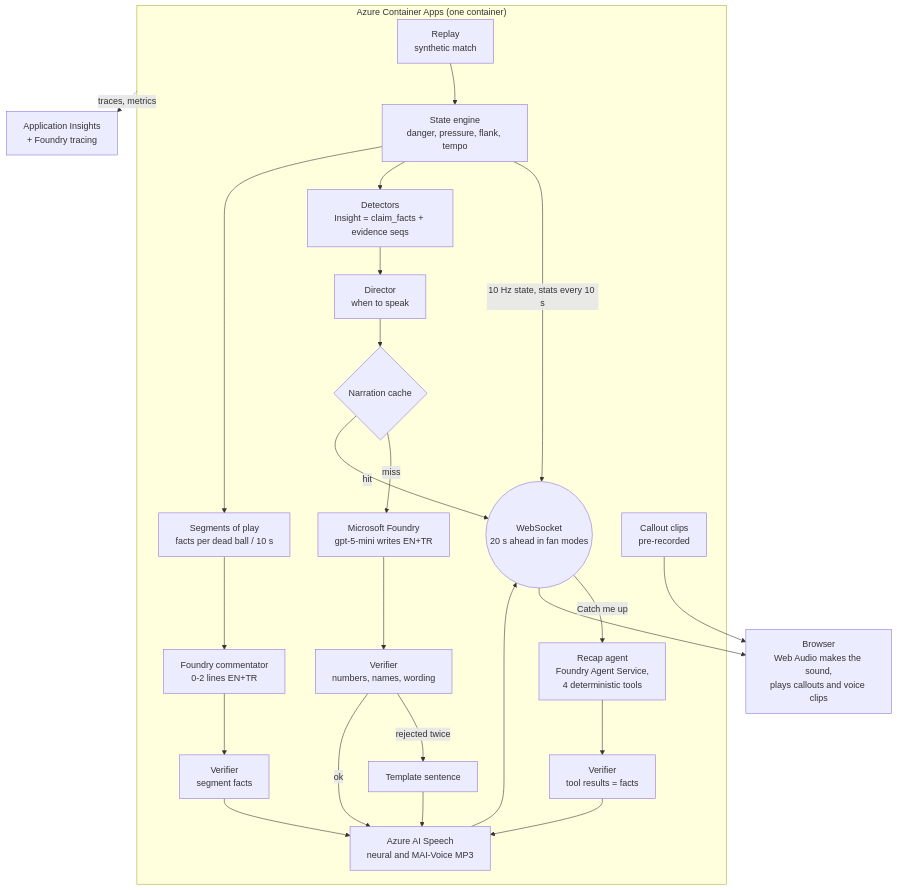
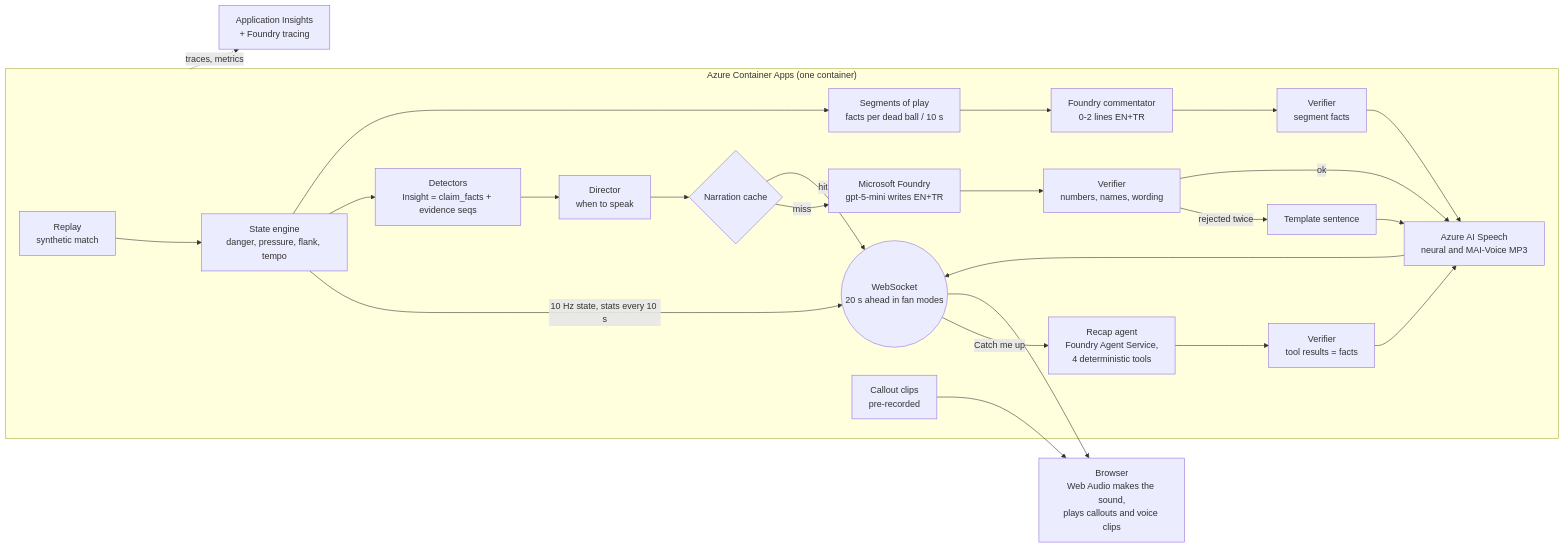
Before and after one commit to klckerim/hear-the-game: the diagram in README.md, drawn with Mermaid. The commit also changed other lines of this file, not shown here.

Commit message:
Add flowchart in README
Added a flowchart to illustrate the Azure Container Apps architecture.

````diff
--- a/README.md
+++ b/README.md
@@ -125,27 +126,27 @@
 ```mermaid
-flowchart TB
+flowchart LR
   subgraph Server["Azure Container Apps (one container)"]
     R[Replay<br/>synthetic match] --> S[State engine<br/>danger, pressure, flank, tempo]
     S -->|10 Hz state, stats every 10 s| WS((WebSocket<br/>20 s ahead in fan modes))
     S --> D[Detectors<br/>Insight = claim_facts + evidence seqs]
     D --> DIR[Director<br/>when to speak]
     DIR --> C{Narration cache}
     C -- miss --> F[Microsoft Foundry<br/>gpt-5-mini writes EN+TR]
     F --> V[Verifier<br/>numbers, names, wording]
     V -- rejected twice --> T[Template sentence]
     V -- ok --> SP[Azure AI Speech<br/>neural and MAI-Voice MP3]
     C -- hit --> WS
     T --> SP
     SP --> WS
     WS -- Catch me up --> RA[Recap agent<br/>Foundry Agent Service,<br/>4 deterministic tools]
     RA --> RV[Verifier<br/>tool results = facts]
     RV --> SP
     S --> SEG[Segments of play<br/>facts per dead ball / 10 s]
     SEG --> CM[Foundry commentator<br/>0-2 lines EN+TR]
     CM --> CV[Verifier<br/>segment facts] --> SP
     CO[Callout clips<br/>pre-recorded]
   end
   WS --> B[Browser<br/>Web Audio makes the sound,<br/>plays callouts and voice clips]
   CO --> B
   Server -. traces, metrics .-> AI[Application Insights<br/>+ Foundry tracing]
 ```
````
